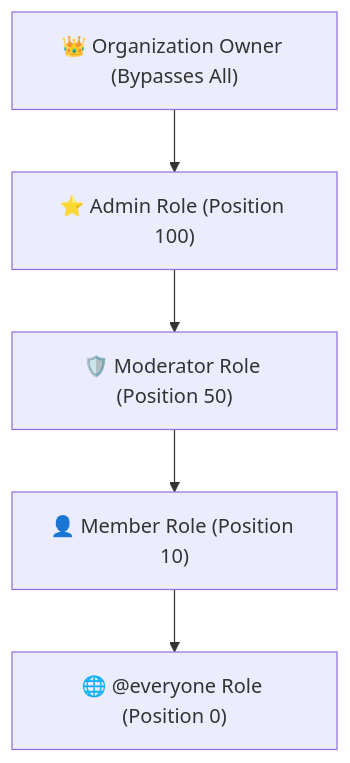
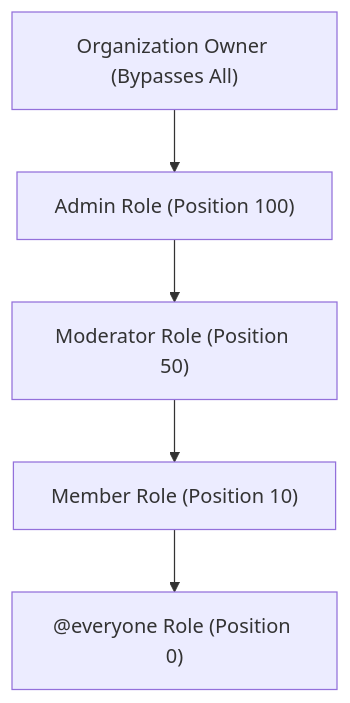
Before and after one commit to BoredKevin/kasly: the diagram in docs/backend/rbac-security.md, drawn with Mermaid. The commit also changed other lines of this file and 2 other files, not shown here.

````diff
--- a/docs/backend/rbac-security.md
+++ b/docs/backend/rbac-security.md
@@ -46,7 +46,7 @@
 ```mermaid
 graph TD
-    Owner["👑 Organization Owner (Bypasses All)"] --> Admin["⭐ Admin Role (Position 100)"]
-    Admin --> Mod["🛡️ Moderator Role (Position 50)"]
-    Mod --> Member["👤 Member Role (Position 10)"]
-    Member --> Everyone["🌐 @everyone Role (Position 0)"]
+    Owner["Organization Owner (Bypasses All)"] --> Admin["Admin Role (Position 100)"]
+    Admin --> Mod["Moderator Role (Position 50)"]
+    Mod --> Member["Member Role (Position 10)"]
+    Member --> Everyone["@everyone Role (Position 0)"]
 ```
````
